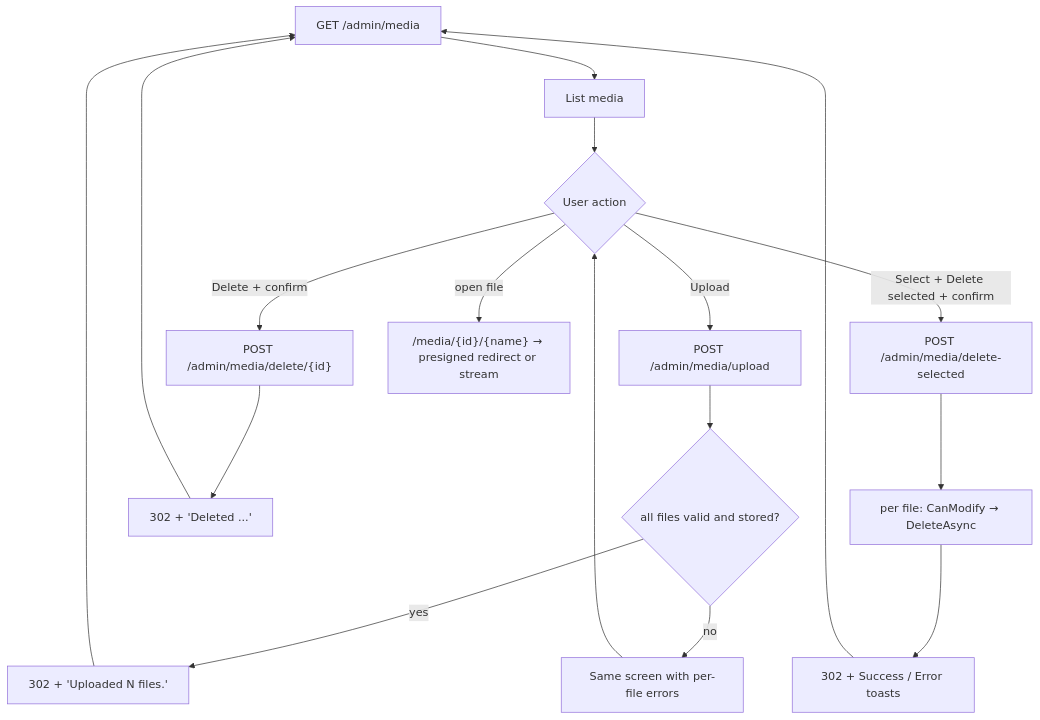
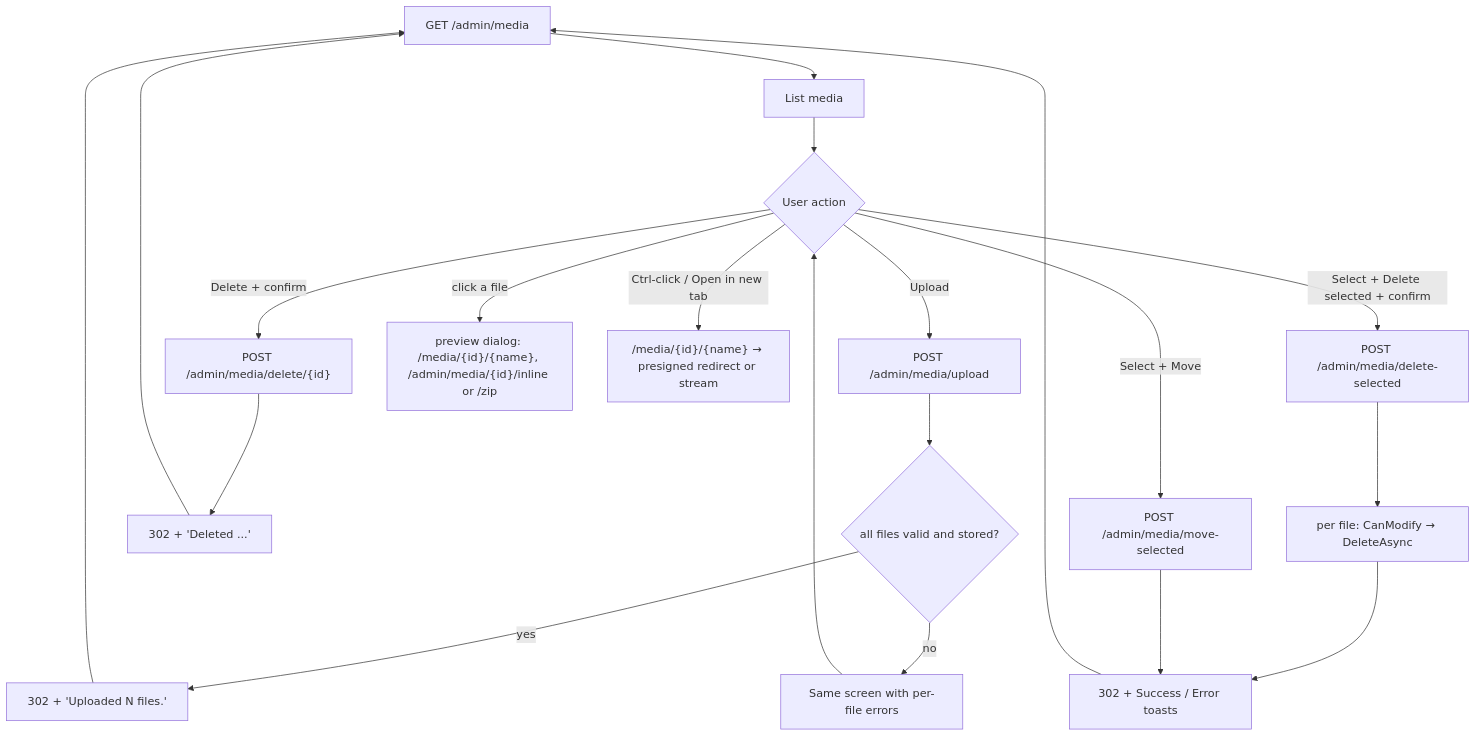
One commit to Albadit/DotNetForge changed the second of 2 diagrams in .docs/pages/media.md. Above: the diagram before and after it, drawn with Mermaid. The commit also changed other lines of this file and 71 other files, not shown here.

````diff
--- a/.docs/pages/media.md
+++ b/.docs/pages/media.md
@@ -319,11 +384,13 @@
 ```mermaid
 flowchart TD
     A["GET /admin/media"] --> B[List media]
     B --> C{User action}
     C -- Upload --> D["POST /admin/media/upload"] --> E{"all files valid and stored?"}
     E -- yes --> F["302 + 'Uploaded N files.'"] --> A
     E -- no --> G[Same screen with per-file errors] --> C
     C -- "Delete + confirm" --> H["POST /admin/media/delete/{id}"] --> I["302 + 'Deleted ...'"] --> A
     C -- "Select + Delete selected + confirm" --> K["POST /admin/media/delete-selected"] --> L["per file: CanModify → DeleteAsync"] --> M["302 + Success / Error toasts"] --> A
-    C -- "open file" --> J["/media/{id}/{name} → presigned redirect or stream"]
+    C -- "Select + Move" --> N["POST /admin/media/move-selected"] --> M
+    C -- "click a file" --> P["preview dialog: /media/{id}/{name}, /admin/media/{id}/inline or /zip"]
+    C -- "Ctrl-click / Open in new tab" --> J["/media/{id}/{name} → presigned redirect or stream"]
 ```
````
